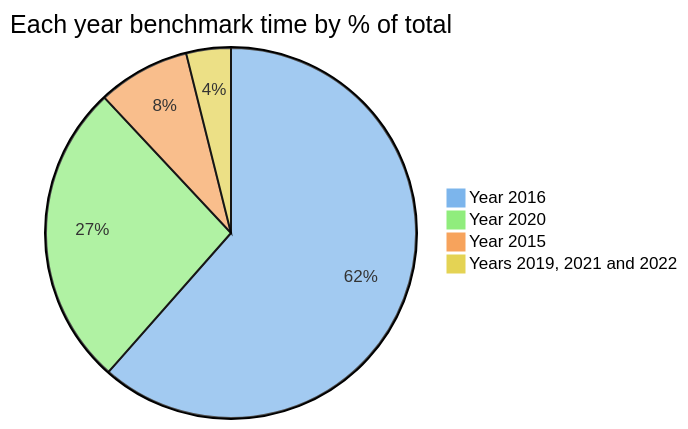
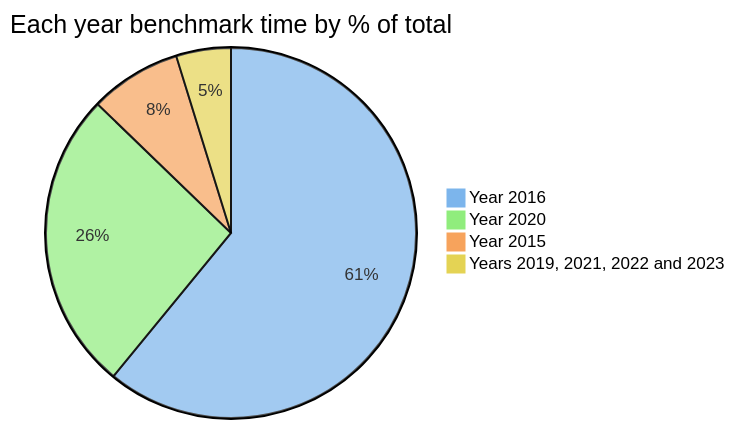
The first of 8 diagrams in README.md (maneatingape/advent-of-code-rust), drawn with Mermaid before and after one commit. The commit also changed other lines of this file, not shown here.

Commit message:
Update benchmark data and graphs

````diff
--- a/README.md
+++ b/README.md
@@ -67,9 +68,9 @@
 ```mermaid
 %%{init: {"themeVariables": { "pie1": "#7cb5ec", "pie2": "#90ed7d", "pie3": "#f7a35c", "pie4": "#e4d354", "pie5": "#e4c4fb", "pie6": "#c6cdd5"}}}%%
 pie
     title Each year benchmark time by % of total
     "Year 2016" : 663
     "Year 2020" : 286
     "Year 2015" : 87
-    "Years 2019, 2021 and 2022" : 42
+    "Years 2019, 2021, 2022 and 2023" : 52
 ```
````
